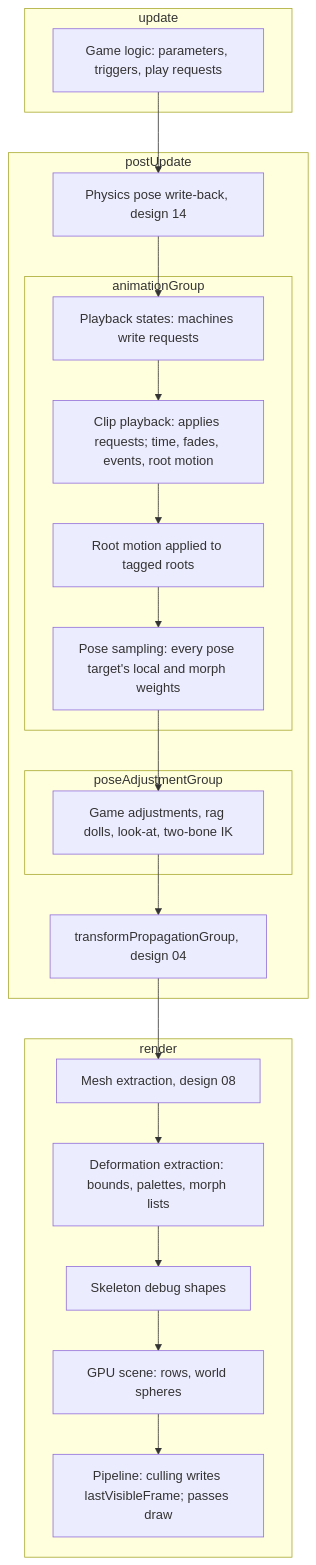
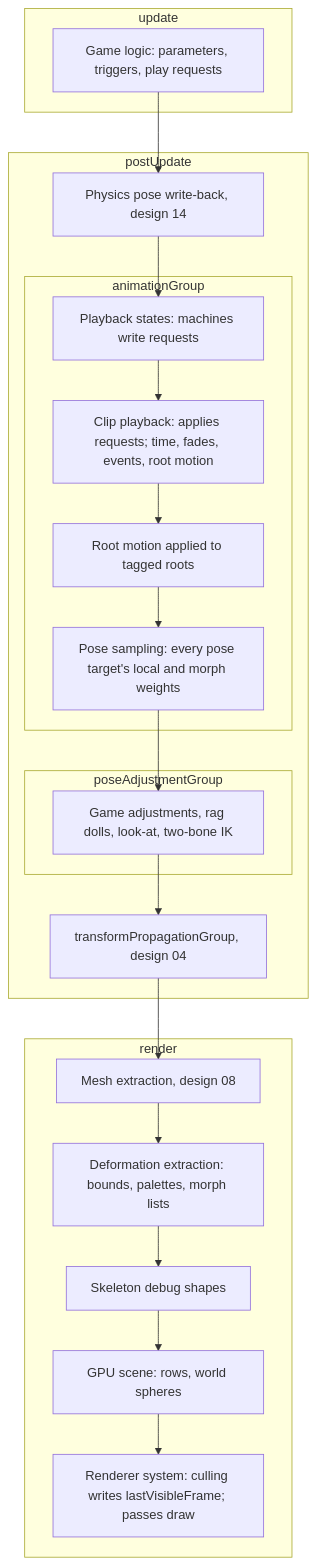
One commit to Forge-Game-Engine/Forge changed the first of 2 diagrams in design/3d/12-skeletal-and-morph-animation.md. Above: the diagram before and after it, drawn with Mermaid. The commit also changed other lines of this file and 16 other files, not shown here.

````diff
--- a/design/3d/12-skeletal-and-morph-animation.md
+++ b/design/3d/12-skeletal-and-morph-animation.md
@@ -373,27 +374,27 @@
 ```mermaid
 flowchart TB
   subgraph update [update]
     G[Game logic: parameters, triggers, play requests]
   end
   subgraph postUpdate [postUpdate]
     PW[Physics pose write-back, design 14]
     subgraph animationGroup [animationGroup]
       S[Playback states: machines write requests]
       P[Clip playback: applies requests; time, fades, events, root motion]
       RM[Root motion applied to tagged roots]
       SA[Pose sampling: every pose target's local and morph weights]
     end
     subgraph poseAdjustmentGroup [poseAdjustmentGroup]
       A[Game adjustments, rag dolls, look-at, two-bone IK]
     end
     T[transformPropagationGroup, design 04]
   end
   subgraph render [render]
     ME[Mesh extraction, design 08]
     DX[Deformation extraction: bounds, palettes, morph lists]
     SK[Skeleton debug shapes]
     GS[GPU scene: rows, world spheres]
-    PL[Pipeline: culling writes lastVisibleFrame; passes draw]
+    PL[Renderer system: culling writes lastVisibleFrame; passes draw]
   end
   G --> PW --> S --> P --> RM --> SA --> A --> T --> ME --> DX --> SK --> GS --> PL
 ```
````
